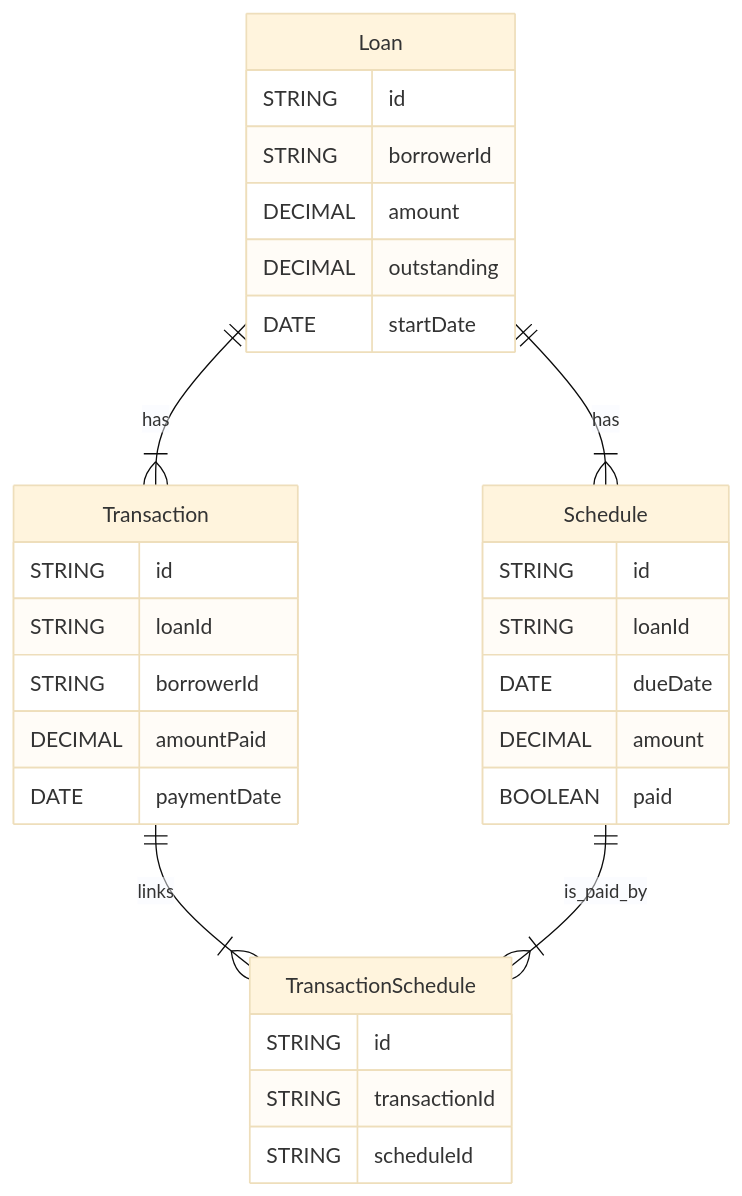
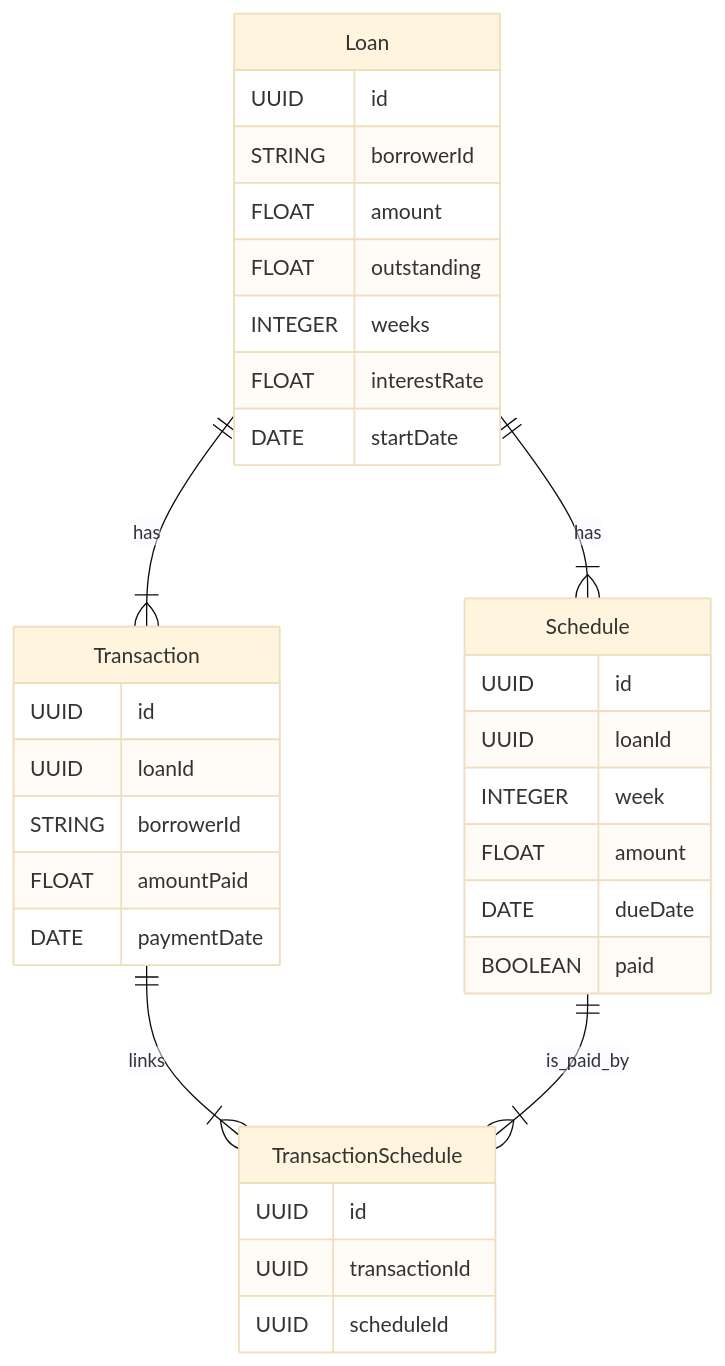
The diagram in readme.md (veryresto/billing-engine), drawn with Mermaid (base theme) before and after one commit.

Commit message:
update readme: koreksi data type

````diff
--- a/readme.md
+++ b/readme.md
@@ -30,37 +30,40 @@
 ```mermaid
 erDiagram
     Loan ||--|{ Schedule : has
     Loan ||--|{ Transaction : has
     Transaction ||--|{ TransactionSchedule : links
     Schedule ||--|{ TransactionSchedule : is_paid_by
 
     Loan {
-        STRING id
+        UUID id
         STRING borrowerId
-        DECIMAL amount
-        DECIMAL outstanding
+        FLOAT amount
+        FLOAT outstanding
+        INTEGER weeks
+        FLOAT interestRate
         DATE startDate
     }
 
     Schedule {
-        STRING id
-        STRING loanId
+        UUID id
+        UUID loanId
+        INTEGER week
+        FLOAT amount
         DATE dueDate
-        DECIMAL amount
         BOOLEAN paid
     }
 
     Transaction {
-        STRING id
-        STRING loanId
+        UUID id
+        UUID loanId
         STRING borrowerId
-        DECIMAL amountPaid
+        FLOAT amountPaid
         DATE paymentDate
     }
 
     TransactionSchedule {
-        STRING id
-        STRING transactionId
-        STRING scheduleId
+        UUID id
+        UUID transactionId
+        UUID scheduleId
     }
 ```
````
